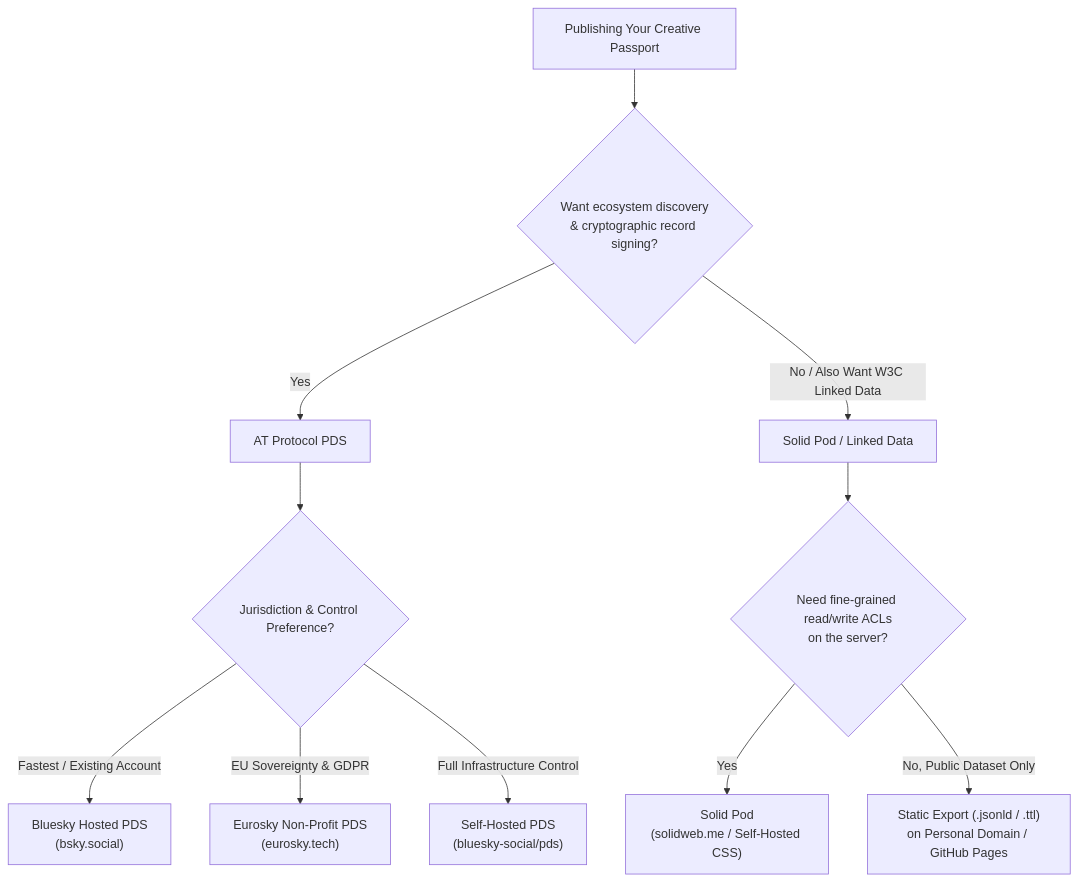
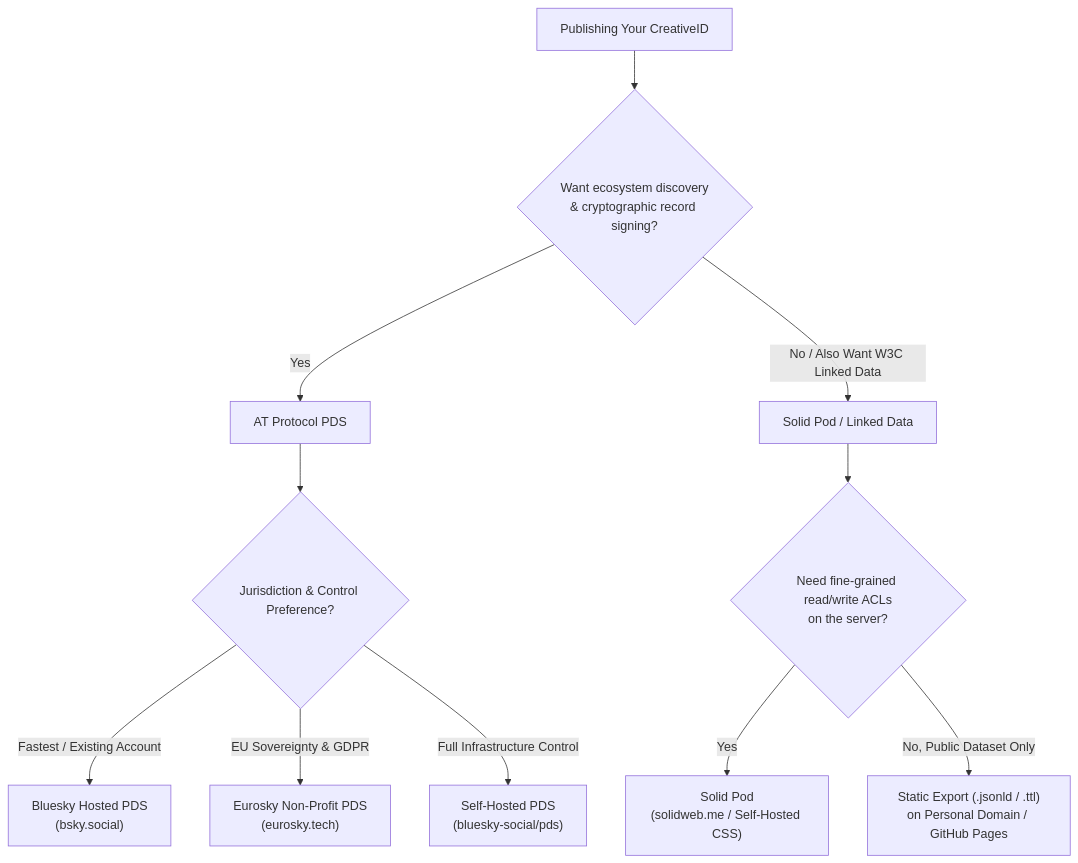
One commit to geocontrol/creativeid-studio changed the diagram in BRIEFING_ATPROTO_AND_SOLID.md. Above: the diagram before and after it, drawn with Mermaid. The commit also changed other lines of this file and 20 other files, not shown here.

First line of the commit message:
Rename Creative Passport to CreativeID (M1, no behaviour change)

````diff
--- a/BRIEFING_ATPROTO_AND_SOLID.md
+++ b/BRIEFING_ATPROTO_AND_SOLID.md
@@ -152,14 +152,14 @@
 ```mermaid
 flowchart TD
-    Start["Publishing Your Creative Passport"] --> Q1{"Want ecosystem discovery\n& cryptographic record signing?"}
+    Start["Publishing Your CreativeID"] --> Q1{"Want ecosystem discovery\n& cryptographic record signing?"}
     Q1 -->|Yes| AT["AT Protocol PDS"]
     AT --> AT_Choice{"Jurisdiction & Control Preference?"}
     AT_Choice -->|"Fastest / Existing Account"| Bsky["Bluesky Hosted PDS\n(bsky.social)"]
     AT_Choice -->|"EU Sovereignty & GDPR"| Euro["Eurosky Non-Profit PDS\n(eurosky.tech)"]
     AT_Choice -->|"Full Infrastructure Control"| SelfPDS["Self-Hosted PDS\n(bluesky-social/pds)"]
 
     Q1 -->|No / Also Want W3C Linked Data| Solid["Solid Pod / Linked Data"]
     Solid --> Solid_Choice{"Need fine-grained read/write ACLs\non the server?"}
     Solid_Choice -->|Yes| CSS["Solid Pod\n(solidweb.me / Self-Hosted CSS)"]
     Solid_Choice -->|"No, Public Dataset Only"| Static["Static Export (.jsonld / .ttl)\non Personal Domain / GitHub Pages"]
 ```
````
